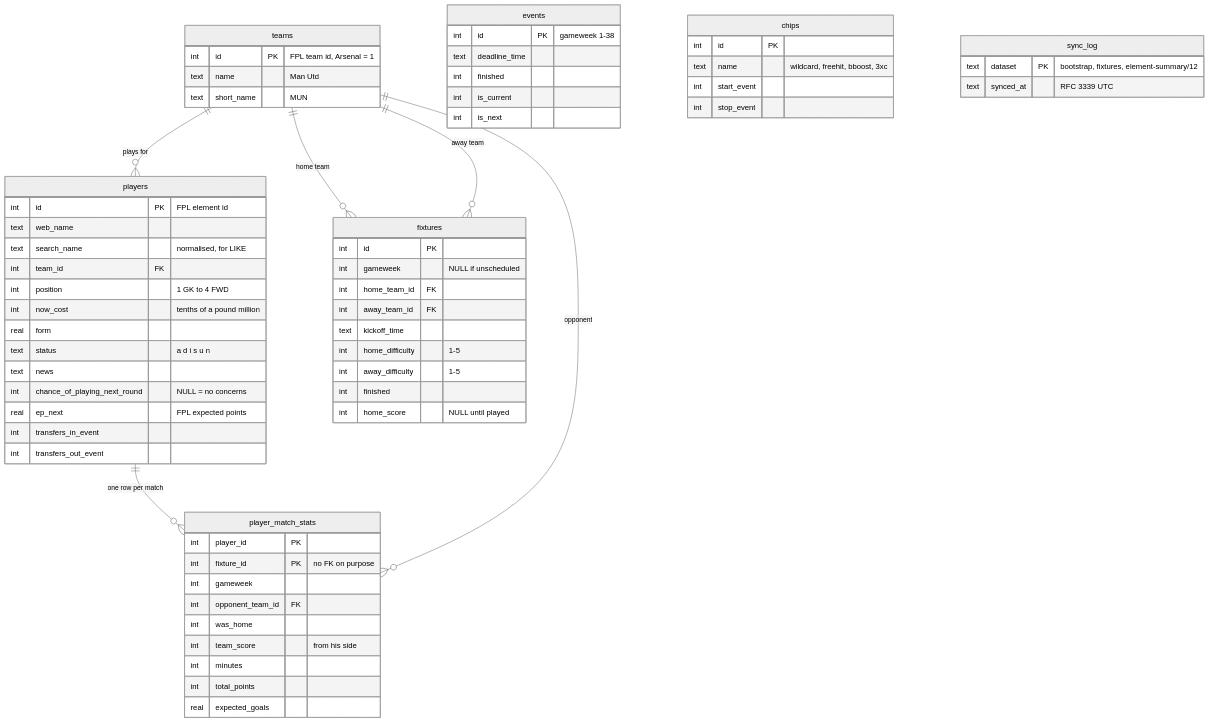
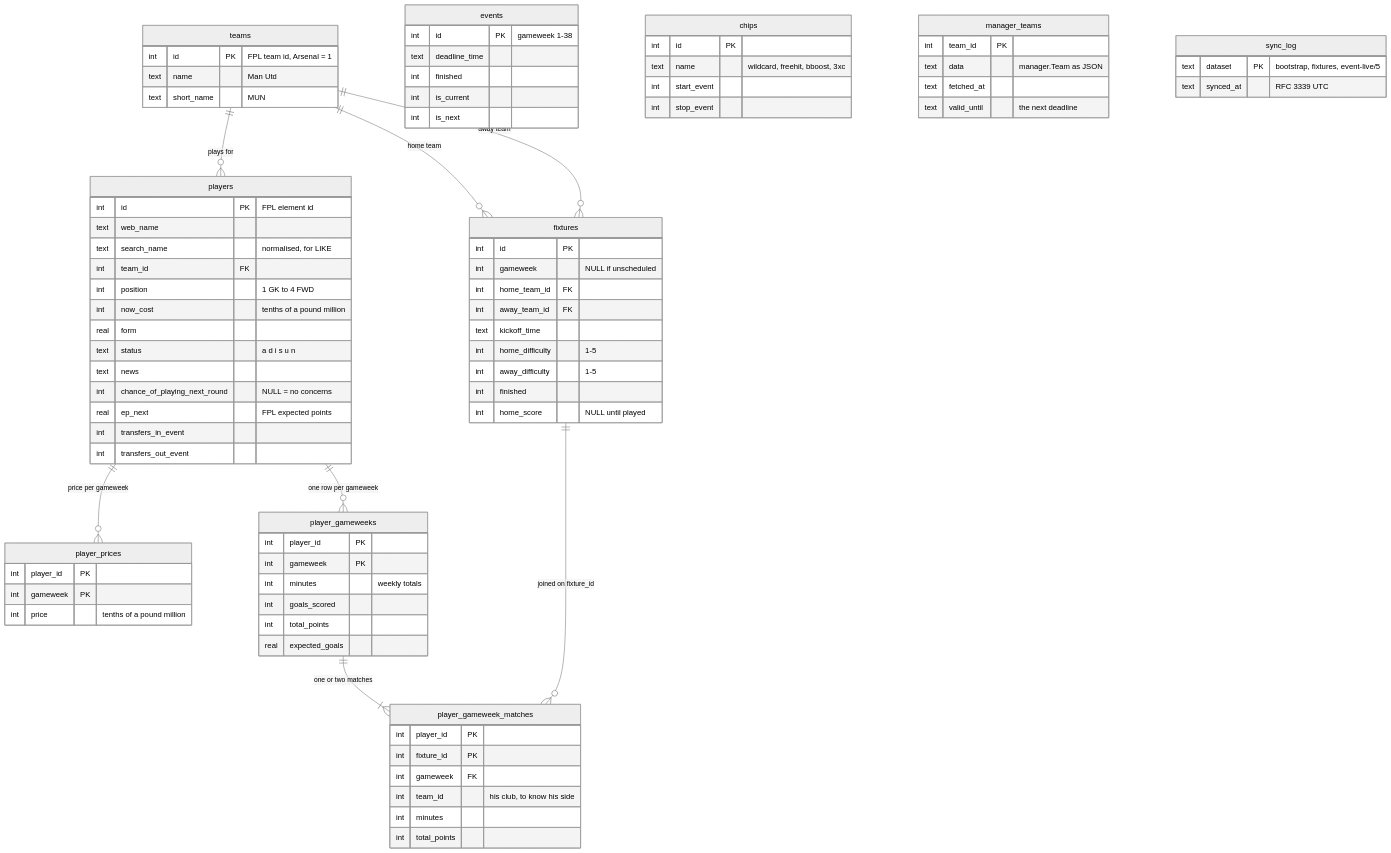
The ninth of 13 diagrams in docs/architecture.md (KaartikeyNatrajan/SquadScout), drawn with Mermaid (neutral theme) before and after one commit. The commit also changed other lines of this file and 188 other files, not shown here.

````diff
--- a/docs/architecture.md
+++ b/docs/architecture.md
@@ -337,8 +408,10 @@
     teams ||--o{ players : "plays for"
     teams ||--o{ fixtures : "home team"
     teams ||--o{ fixtures : "away team"
-    players ||--o{ player_match_stats : "one row per match"
-    teams ||--o{ player_match_stats : "opponent"
+    players ||--o{ player_prices : "price per gameweek"
+    players ||--o{ player_gameweeks : "one row per gameweek"
+    player_gameweeks ||--|{ player_gameweek_matches : "one or two matches"
+    fixtures ||--o{ player_gameweek_matches : "joined on fixture_id"
 
     teams {
         int id PK "FPL team id, Arsenal = 1"
@@ -384,19 +457,35 @@
         int finished
         int home_score "NULL until played"
     }
-    player_match_stats {
+    player_gameweeks {
         int player_id PK
-        int fixture_id PK "no FK on purpose"
-        int gameweek
-        int opponent_team_id FK
-        int was_home
-        int team_score "from his side"
-        int minutes
+        int gameweek PK
+        int minutes "weekly totals"
+        int goals_scored
         int total_points
         real expected_goals
     }
+    player_gameweek_matches {
+        int player_id PK
+        int fixture_id PK
+        int gameweek FK
+        int team_id "his club, to know his side"
+        int minutes
+        int total_points
+    }
+    player_prices {
+        int player_id PK
+        int gameweek PK
+        int price "tenths of a pound million"
+    }
+    manager_teams {
+        int team_id PK
+        text data "manager.Team as JSON"
+        text fetched_at
+        text valid_until "the next deadline"
+    }
     sync_log {
-        text dataset PK "bootstrap, fixtures, element-summary/12"
+        text dataset PK "bootstrap, fixtures, event-live/5"
         text synced_at "RFC 3339 UTC"
     }
 ```
````
